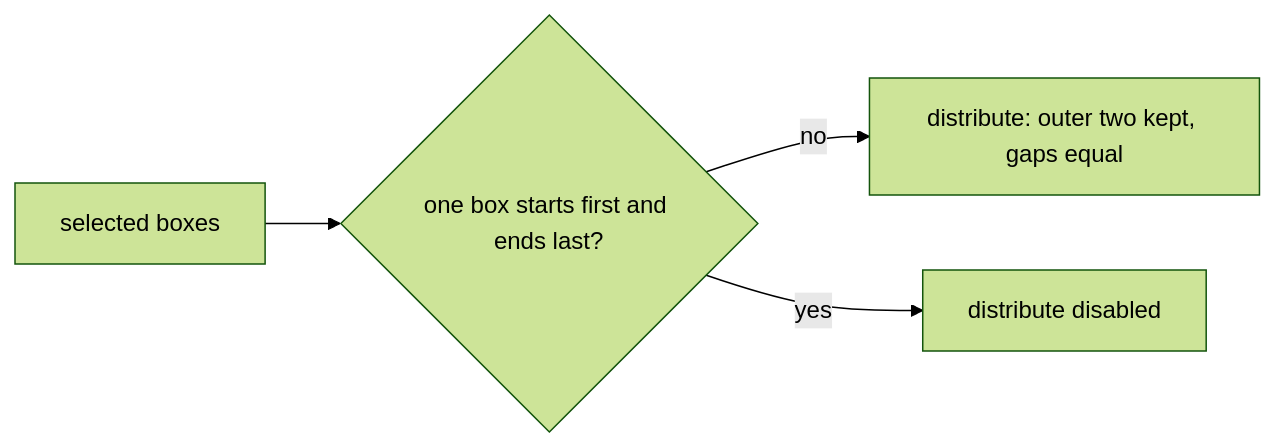
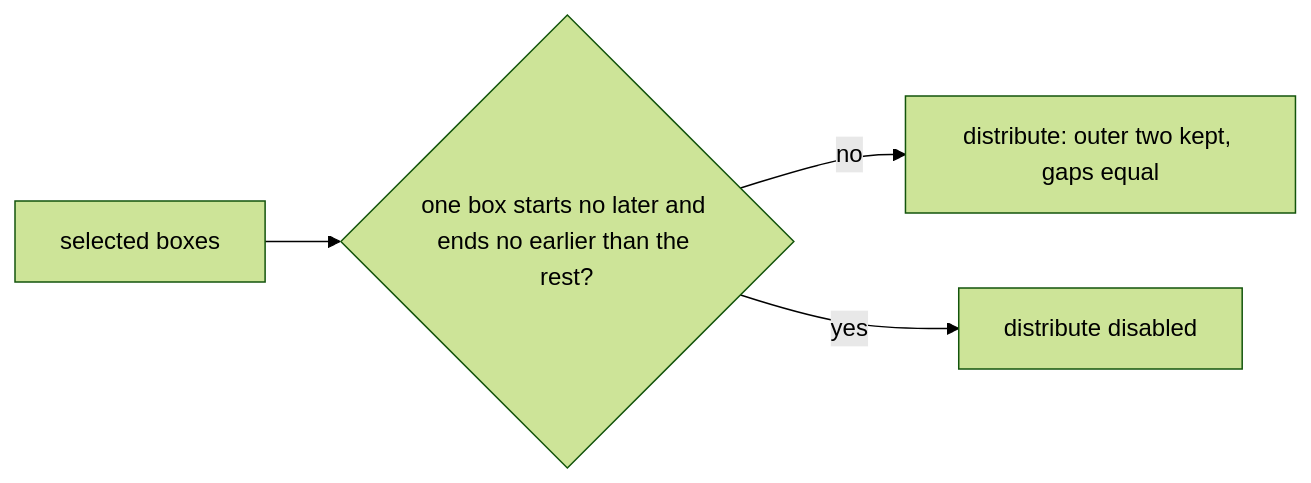
Before and after one commit to Esposter/Esposter: the diagram in openspec/changes/resource-whiteboard-distribute-spanning-box/design.md, drawn with Mermaid (forest theme). The commit also changed other lines of this file and 2 other files, not shown here.

Commit message:
docs(whiteboard): the spanning box's check in the spec, tasks and design uses the requirement's no-later and no-earlier test, so a tie at an edge counts as spanning

````diff
--- a/openspec/changes/resource-whiteboard-distribute-spanning-box/design.md
+++ b/openspec/changes/resource-whiteboard-distribute-spanning-box/design.md
@@ -7,6 +7,6 @@
 ```mermaid
 flowchart LR
-  SEL["selected boxes"] --> SPAN{"one box starts first and ends last?"}
+  SEL["selected boxes"] --> SPAN{"one box starts no later and ends no earlier than the rest?"}
   SPAN -->|"no"| MOVE["distribute: outer two kept, gaps equal"]
   SPAN -->|"yes"| OFF["distribute disabled"]
 ```
````
